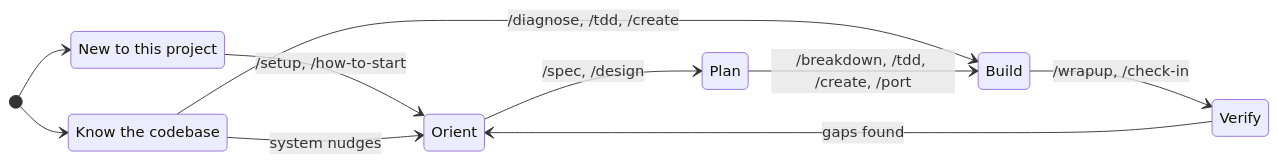
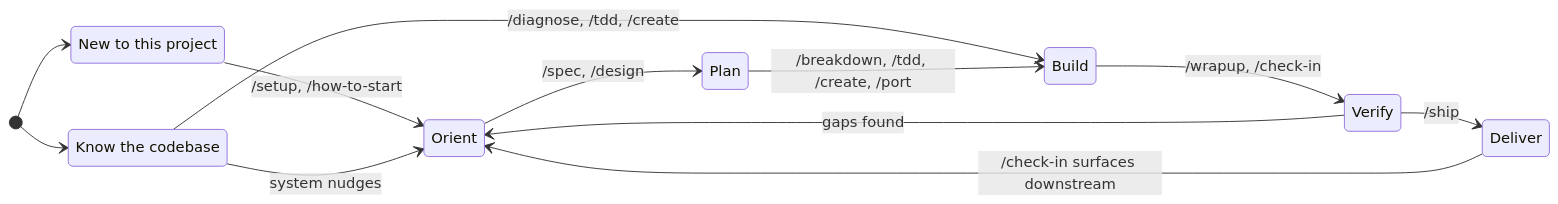
One commit to Max-Zhuuu/waypoint-skills changed the first of 2 diagrams in README.md. Above: the diagram before and after it, drawn with Mermaid. The commit also changed other lines of this file, not shown here.

````diff
--- a/README.md
+++ b/README.md
@@ -195,25 +196,28 @@
 ```mermaid
 stateDiagram-v2
     direction LR
 
     state "New to this project" as newcomer
     state "Know the codebase" as experienced
 
     state "Orient" as orient
     state "Plan" as plan
     state "Build" as build
     state "Verify" as verify
+    state "Deliver" as deliver
 
     [*] --> newcomer
     [*] --> experienced
 
     newcomer --> orient : /setup, /how-to-start
     experienced --> build : /diagnose, /tdd, /create
 
     orient --> plan : /spec, /design
     plan --> build : /breakdown, /tdd, /create, /port
     build --> verify : /wrapup, /check-in
+    verify --> deliver : /ship
+    deliver --> orient : /check-in surfaces downstream
     verify --> orient : gaps found
 
     experienced --> orient : system nudges
 ```
````
